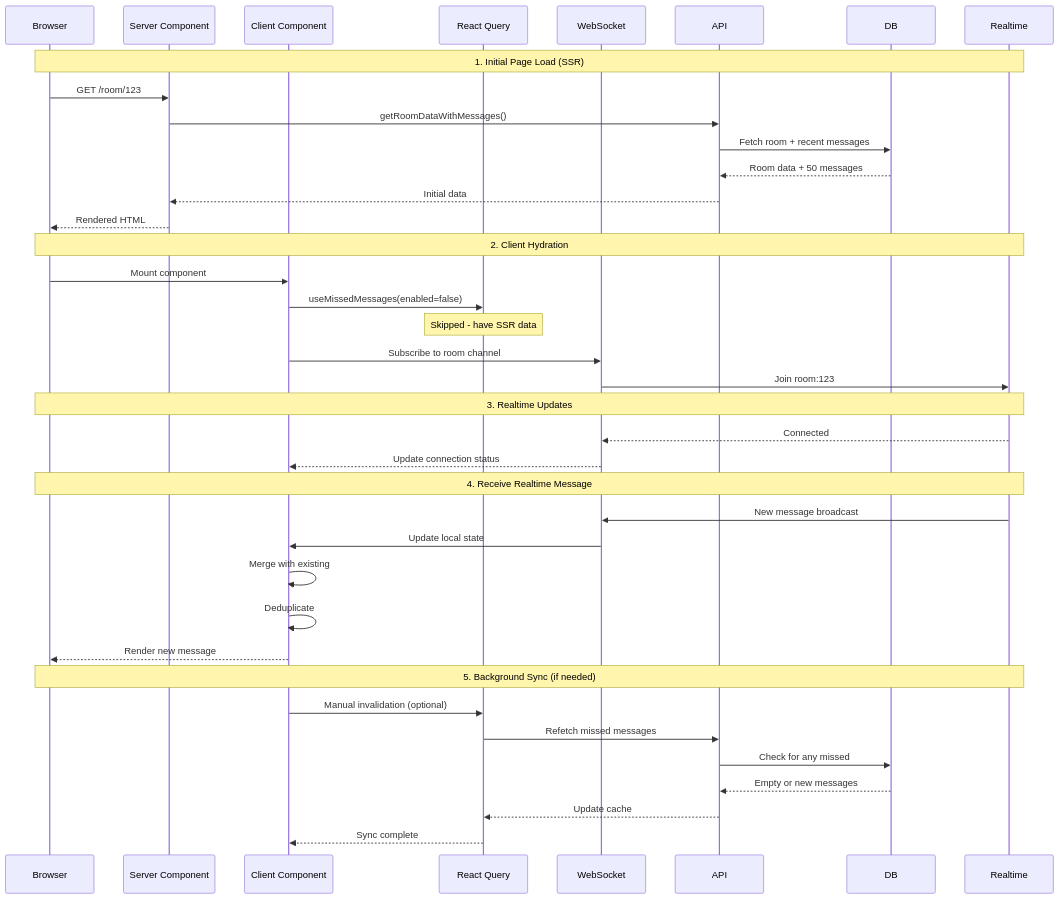
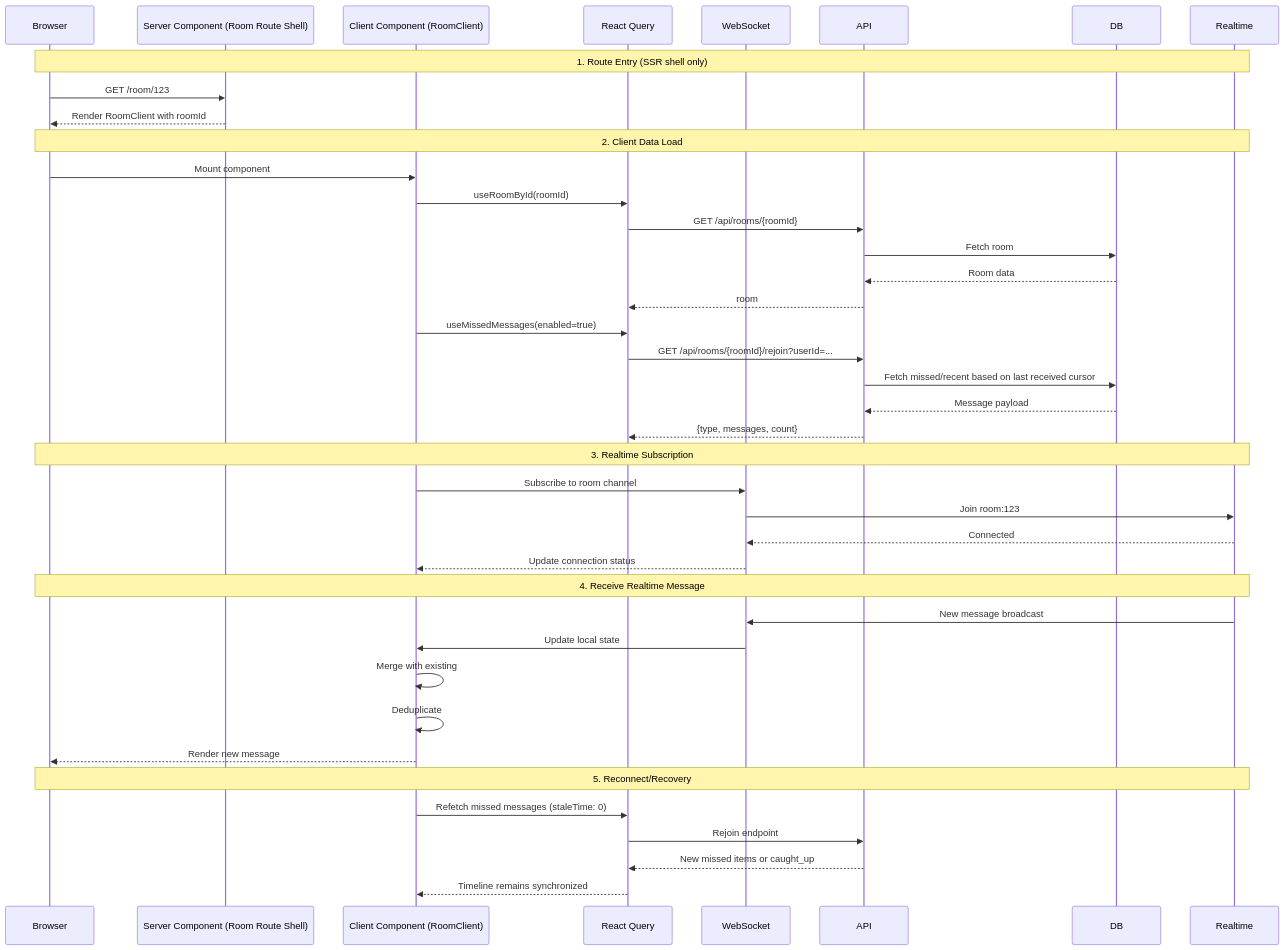
Diagram 19 of 21 in docs/DATA_FLOW_ARCHITECTURE.md (jtclarkjr/realtime-chat-react), drawn with Mermaid before and after one commit. The commit also changed other lines of this file, not shown here.

Commit message:
docs: update data flow doc

````diff
--- a/docs/DATA_FLOW_ARCHITECTURE.md
+++ b/docs/DATA_FLOW_ARCHITECTURE.md
@@ -586,50 +602,52 @@
 ```mermaid
 sequenceDiagram
     participant Browser
-    participant SSR as Server Component
-    participant UI as Client Component
+    participant SSR as Server Component (Room Route Shell)
+    participant UI as Client Component (RoomClient)
     participant RQ as React Query
     participant WS as WebSocket
     participant API
     participant DB
     participant RT as Realtime
 
-    Note over Browser,RT: 1. Initial Page Load (SSR)
+    Note over Browser,RT: 1. Route Entry (SSR shell only)
 
     Browser->>SSR: GET /room/123
-    SSR->>API: getRoomDataWithMessages()
-    API->>DB: Fetch room + recent messages
-    DB-->>API: Room data + 50 messages
-    API-->>SSR: Initial data
-    SSR-->>Browser: Rendered HTML
+    SSR-->>Browser: Render RoomClient with roomId
 
-    Note over Browser,RT: 2. Client Hydration
+    Note over Browser,RT: 2. Client Data Load
 
     Browser->>UI: Mount component
-    UI->>RQ: useMissedMessages(enabled=false)
-    Note over RQ: Skipped - have SSR data
+    UI->>RQ: useRoomById(roomId)
+    RQ->>API: GET /api/rooms/{roomId}
+    API->>DB: Fetch room
+    DB-->>API: Room data
+    API-->>RQ: room
+    UI->>RQ: useMissedMessages(enabled=true)
+    RQ->>API: GET /api/rooms/{roomId}/rejoin?userId=...
+    API->>DB: Fetch missed/recent based on last received cursor
+    DB-->>API: Message payload
+    API-->>RQ: {type, messages, count}
+
+    Note over Browser,RT: 3. Realtime Subscription
+
     UI->>WS: Subscribe to room channel
     WS->>RT: Join room:123
-
-    Note over Browser,RT: 3. Realtime Updates
 
     RT-->>WS: Connected
     WS-->>UI: Update connection status
 
     Note over Browser,RT: 4. Receive Realtime Message
 
     RT->>WS: New message broadcast
     WS->>UI: Update local state
     UI->>UI: Merge with existing
     UI->>UI: Deduplicate
     UI-->>Browser: Render new message
 
-    Note over Browser,RT: 5. Background Sync (if needed)
-
-    UI->>RQ: Manual invalidation (optional)
-    RQ->>API: Refetch missed messages
-    API->>DB: Check for any missed
-    DB-->>API: Empty or new messages
-    API-->>RQ: Update cache
-    RQ-->>UI: Sync complete
+    Note over Browser,RT: 5. Reconnect/Recovery
+    UI->>RQ: Refetch missed messages (staleTime: 0)
+    RQ->>API: Rejoin endpoint
+    API-->>RQ: New missed items or caught_up
+    RQ-->>UI: Timeline remains synchronized
 ```
````
